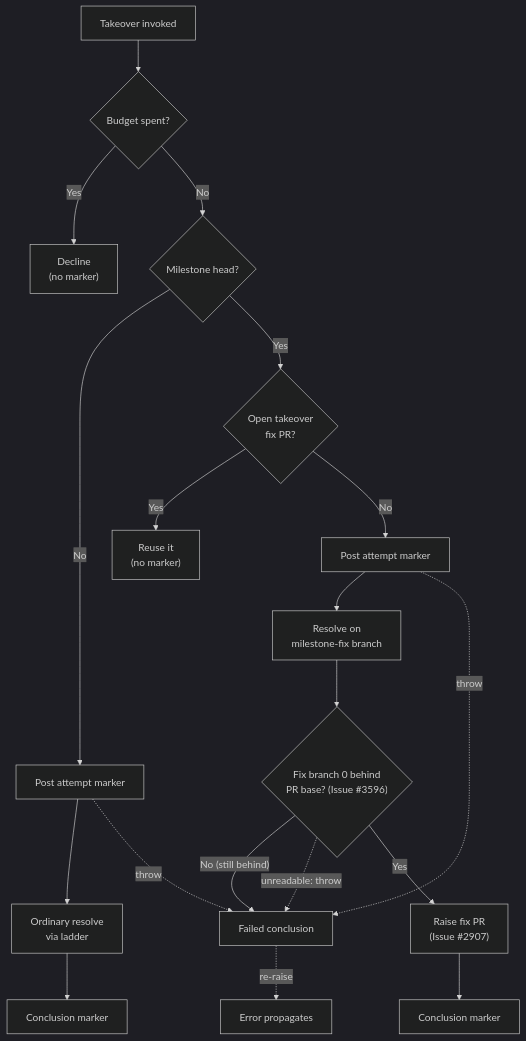
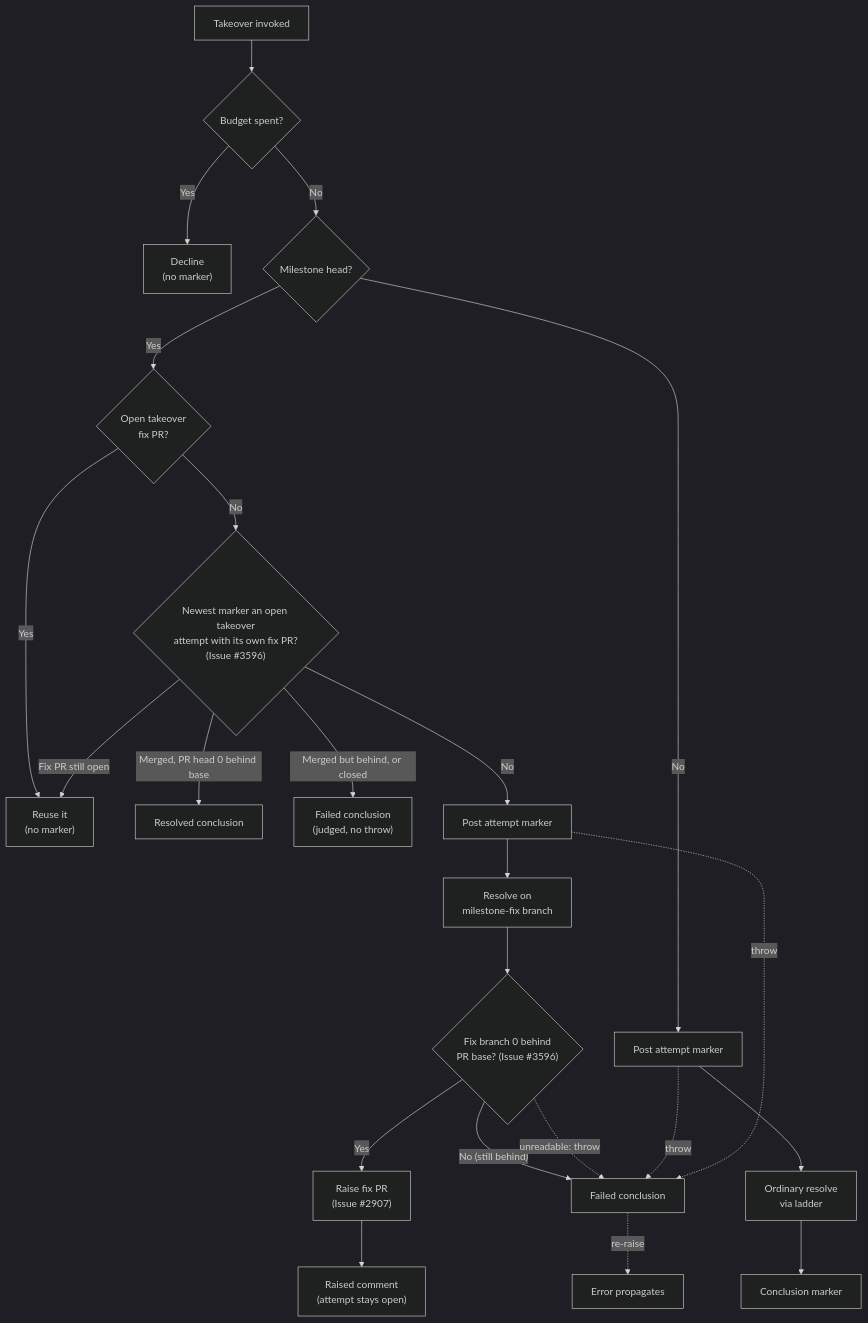
One commit to stSoftwareAU/VibeCoder changed the fourth of 9 diagrams in docs/workflows/merge-conflicts.md. Above: the diagram before and after it, drawn with Mermaid (dark theme). The commit also changed other lines of this file and 11 other files, not shown here.

First line of the commit message:
Report a takeover resolved only once its fix PR has landed level (#3596)

````diff
--- a/docs/workflows/merge-conflicts.md
+++ b/docs/workflows/merge-conflicts.md
@@ -572,21 +609,25 @@
 ```mermaid
 flowchart TD
     A[Takeover invoked] --> B{"Budget spent?"}
     B -- "Yes" --> C["Decline<br/>(no marker)"]
     B -- "No" --> D{"Milestone head?"}
     D -- "No" --> E[Post attempt marker]
     E --> F[Ordinary resolve<br/>via ladder]
     F --> G[Conclusion marker]
     D -- "Yes" --> H{"Open takeover<br/>fix PR?"}
     H -- "Yes" --> I["Reuse it<br/>(no marker)"]
-    H -- "No" --> J[Post attempt marker]
+    H -- "No" --> P{"Newest marker an open takeover<br/>attempt with its own fix PR?<br/>(Issue #3596)"}
+    P -- "Merged, PR head 0 behind base" --> R["Resolved conclusion"]
+    P -- "Merged but behind, or closed" --> PF["Failed conclusion<br/>(judged, no throw)"]
+    P -- "Fix PR still open" --> I
+    P -- "No" --> J[Post attempt marker]
     J --> K[Resolve on<br/>milestone-fix branch]
     K --> Q{"Fix branch 0 behind<br/>PR base? (Issue #3596)"}
     Q -- "No (still behind)" --> N
     Q -. "unreadable: throw" .-> N
     Q -- "Yes" --> L["Raise fix PR<br/>(Issue #2907)"]
-    L --> M[Conclusion marker]
+    L --> M["Raised comment<br/>(attempt stays open)"]
     E -. "throw" .-> N["Failed conclusion"]
     N -. "re-raise" .-> O[Error propagates]
     J -. "throw" .-> N
 ```
````
